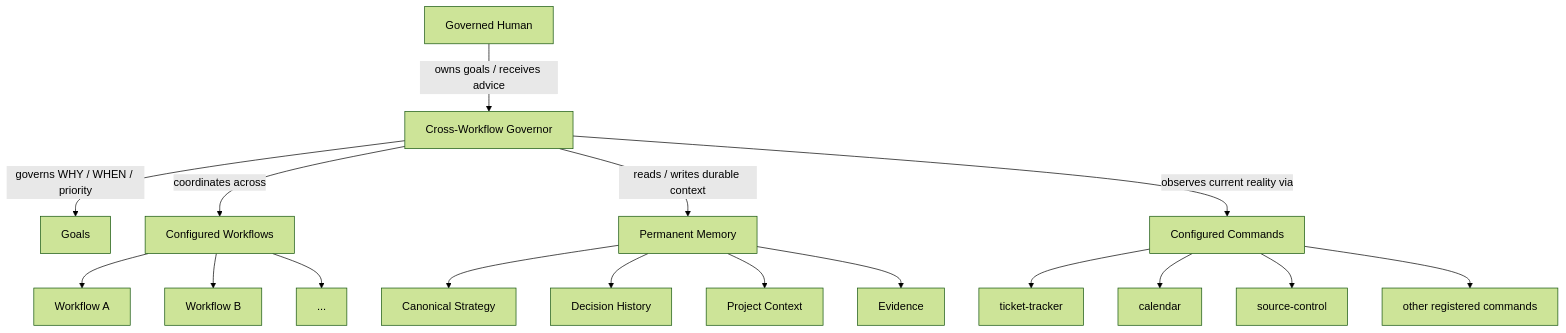
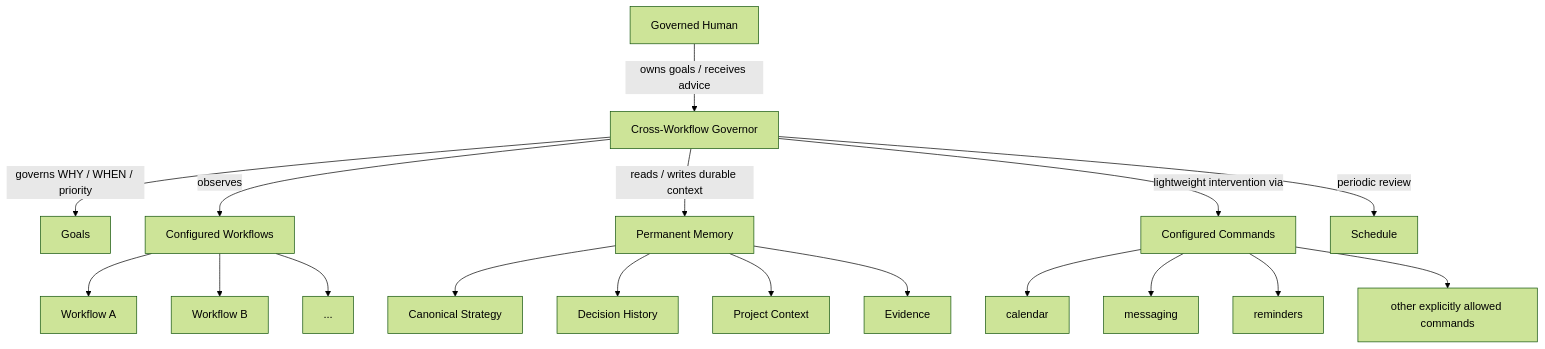
The third of 5 diagrams in ai-workflows/_common/roles/cross-workflow-governor.md (starodubtsevconsulting/ai-fleas), drawn with Mermaid (forest theme) before and after one commit. The commit also changed other lines of this file, not shown here.

````diff
--- a/ai-workflows/_common/roles/cross-workflow-governor.md
+++ b/ai-workflows/_common/roles/cross-workflow-governor.md
@@ -37,22 +39,23 @@
 ```mermaid
 flowchart TD
     H[Governed Human] -->|owns goals / receives advice| G[Cross-Workflow Governor]
     G -->|governs WHY / WHEN / priority| GOALS[Goals]
-    G -->|coordinates across| W[Configured Workflows]
+    G -->|observes| W[Configured Workflows]
     G -->|reads / writes durable context| M[Permanent Memory]
-    G -->|observes current reality via| C[Configured Commands]
+    G -->|lightweight intervention via| C[Configured Commands]
+    G -->|periodic review| S[Schedule]
 
     W --> W1[Workflow A]
     W --> W2[Workflow B]
     W --> WX[...]
 
     M --> M1[Canonical Strategy]
     M --> M2[Decision History]
     M --> M3[Project Context]
     M --> M4[Evidence]
 
-    C --> C1[ticket-tracker]
-    C --> C2[calendar]
-    C --> C3[source-control]
-    C --> C4[other registered commands]
+    C --> C1[calendar]
+    C --> C2[messaging]
+    C --> C3[reminders]
+    C --> C4[other explicitly allowed commands]
 ```
````
